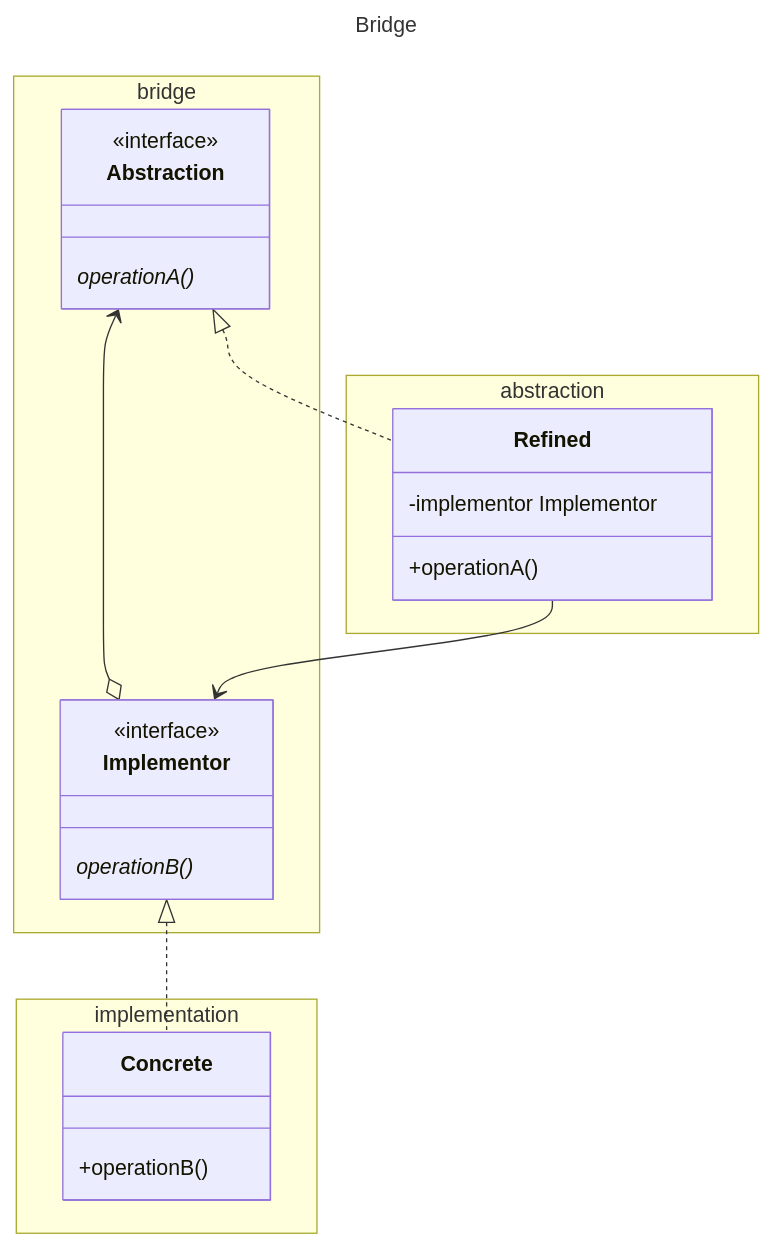
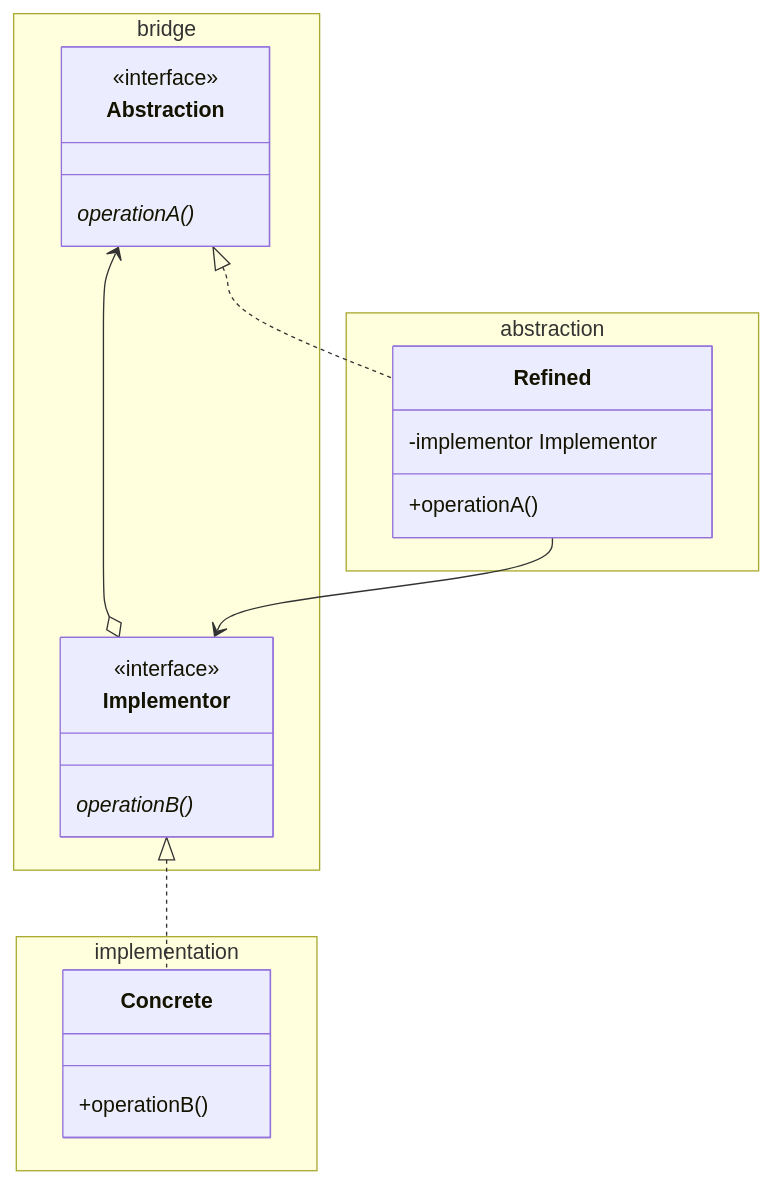
The diagram in src/main/java/org/example/gof/structure/bridge/Bridge.md (mtrigueira/JGoF), drawn with Mermaid before and after one commit. The commit also changed other lines of this file and 1 other file, not shown here.

Commit message:
Edit Bridge.md add synonyms and related patterns

````diff
--- a/src/main/java/org/example/gof/structure/bridge/Bridge.md
+++ b/src/main/java/org/example/gof/structure/bridge/Bridge.md
@@ -1,31 +5,28 @@
 ```mermaid
----
-title: Bridge
----
 classDiagram
     namespace bridge {
         class Abstraction {
             <<interface>>
             operationA()*
         }
         class Implementor {
             <<interface>>
             operationB()*
         }
     }
     namespace implementation {
         class Concrete {
             +operationB()
         }
     }
     namespace abstraction {
         class Refined {
             -implementor Implementor
             +operationA()
         }
     }
-    Abstraction <--o Implementor 
+    Abstraction <--o Implementor
     Abstraction <|.. Refined
     Implementor <|.. Concrete
     Refined --> Implementor
 ```
````
